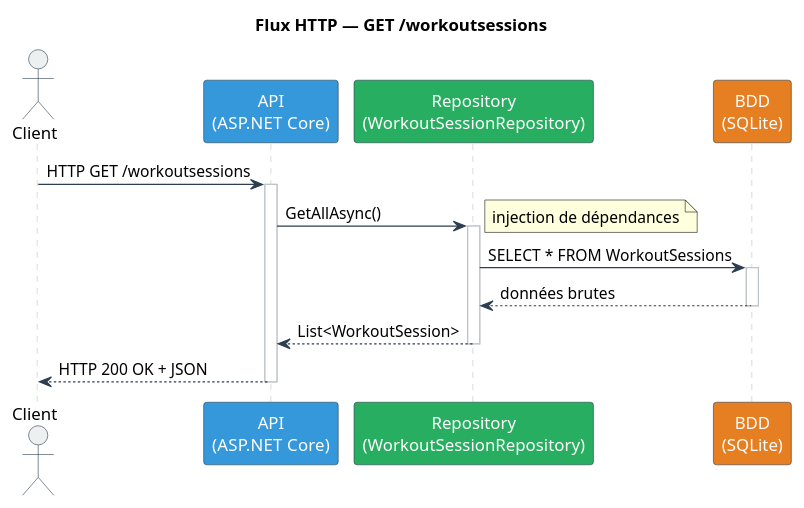
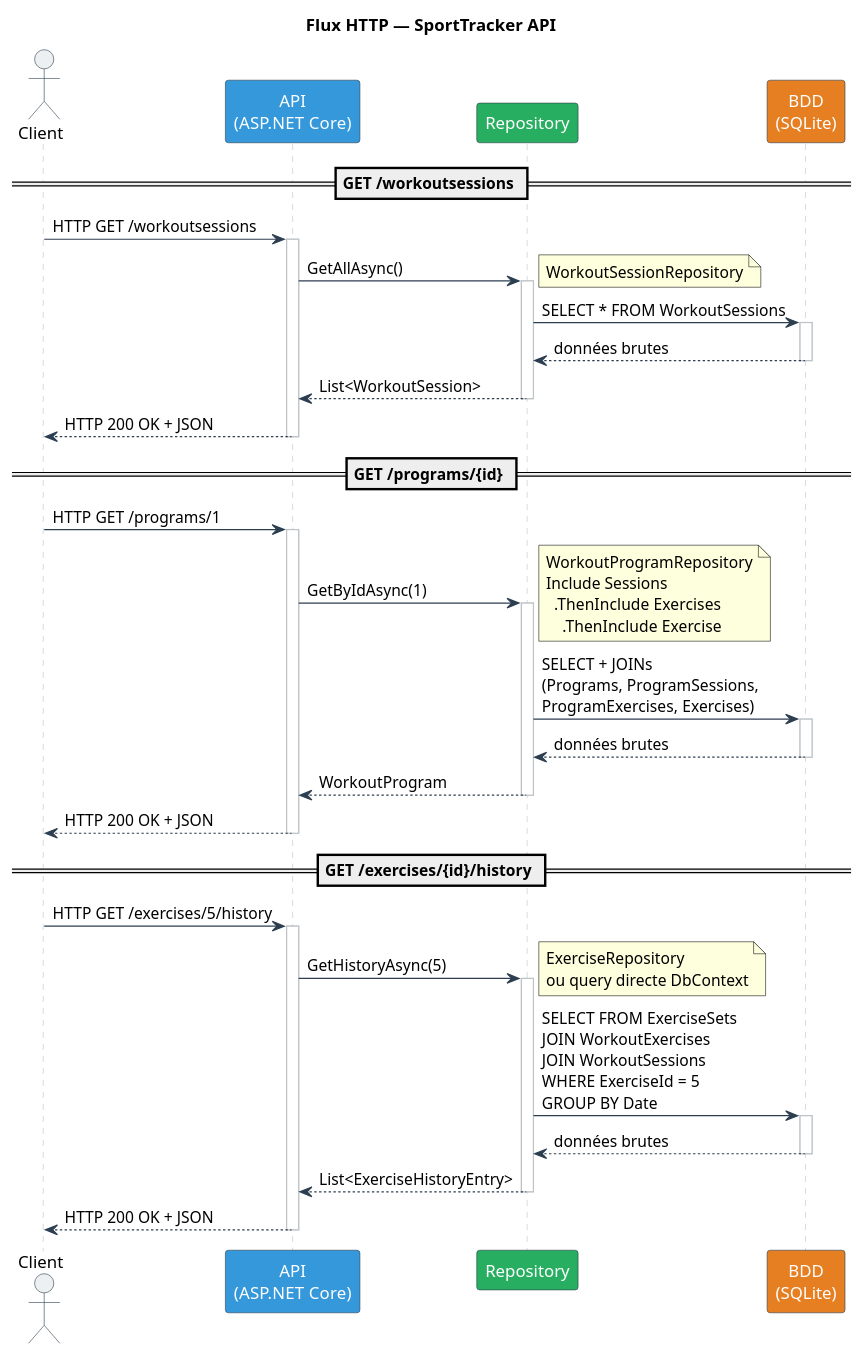
One commit to genwox/SportTracker changed the diagram in Docs/Flux_API.puml. Above: the diagram before and after it, drawn with PlantUML. The commit also changed 6 other files, not shown here.

First line of the commit message:
fix: hoist shared CSS to global app.css + update CLAUDE.md and diagrams

```diff
--- a/Docs/Flux_API.puml
+++ b/Docs/Flux_API.puml
@@ -1,38 +1,82 @@
 @startuml
-title Flux HTTP — GET /workoutsessions
+title Flux HTTP — SportTracker API
 
 skinparam sequence {
     ActorBorderColor #2C3E50
     ActorBackgroundColor #ECF0F1
     ParticipantBorderColor #2C3E50
     ParticipantBackgroundColor #3498DB
     ParticipantFontColor #FFFFFF
     ArrowColor #2C3E50
     LifeLineBorderColor #BDC3C7
 }
 
 actor Client #ECF0F1
 participant "API\n(ASP.NET Core)" as API #3498DB
-participant "Repository\n(WorkoutSessionRepository)" as Repository #27AE60
+participant "Repository" as Repository #27AE60
 participant "BDD\n(SQLite)" as BDD #E67E22
+
+== GET /workoutsessions ==
 
 Client -> API : HTTP GET /workoutsessions
 activate API
 
 API -> Repository : GetAllAsync()
-note right : injection de dépendances
+note right : WorkoutSessionRepository
 activate Repository
 
 Repository -> BDD : SELECT * FROM WorkoutSessions
 activate BDD
 
 BDD --> Repository : données brutes
 deactivate BDD
 
 Repository --> API : List<WorkoutSession>
 deactivate Repository
 
 API --> Client : HTTP 200 OK + JSON
 deactivate API
 
+== GET /programs/{id} ==
+
+Client -> API : HTTP GET /programs/1
+activate API
+
+API -> Repository : GetByIdAsync(1)
+note right : WorkoutProgramRepository\nInclude Sessions\n  .ThenInclude Exercises\n    .ThenInclude Exercise
+activate Repository
+
+Repository -> BDD : SELECT + JOINs\n(Programs, ProgramSessions,\nProgramExercises, Exercises)
+activate BDD
+
+BDD --> Repository : données brutes
+deactivate BDD
+
+Repository --> API : WorkoutProgram
+deactivate Repository
+
+API --> Client : HTTP 200 OK + JSON
+deactivate API
+
+== GET /exercises/{id}/history ==
+
+Client -> API : HTTP GET /exercises/5/history
+activate API
+
+API -> Repository : GetHistoryAsync(5)
+note right : ExerciseRepository\nou query directe DbContext
+activate Repository
+
+Repository -> BDD : SELECT FROM ExerciseSets\nJOIN WorkoutExercises\nJOIN WorkoutSessions\nWHERE ExerciseId = 5\nGROUP BY Date
+activate BDD
+
+BDD --> Repository : données brutes
+deactivate BDD
+
+Repository --> API : List<ExerciseHistoryEntry>
+deactivate Repository
+
+API --> Client : HTTP 200 OK + JSON
+deactivate API
+
 @enduml
```
